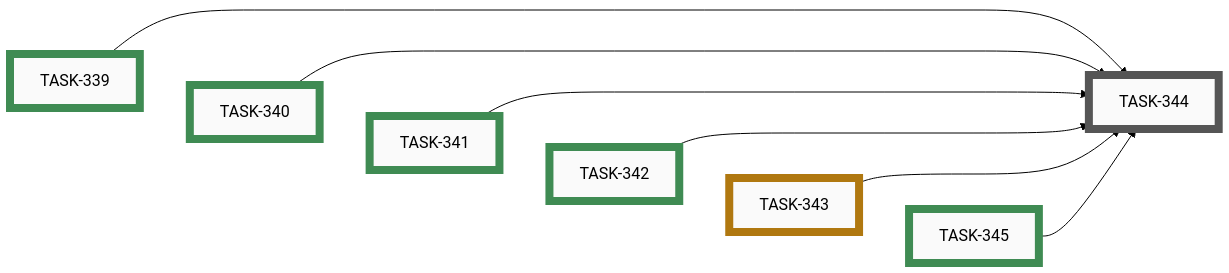
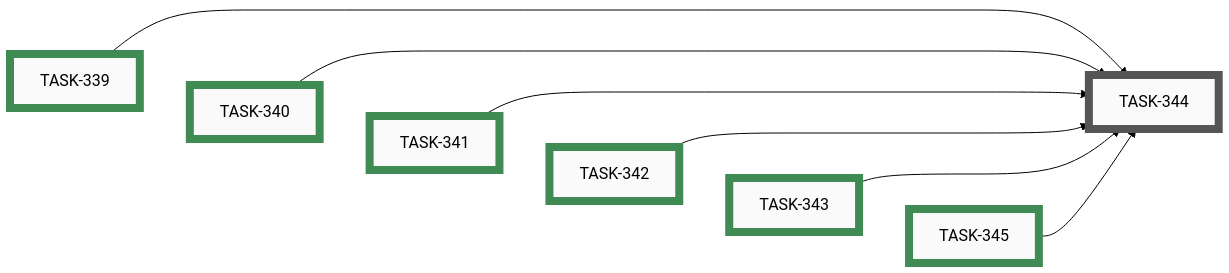
One commit to tgd1975/AwesomeStudioPedal changed the ninth of 11 diagrams in docs/developers/tasks/EPICS.md. Above: the diagram before and after it, drawn with Mermaid (forest theme). The commit also changed other lines of this file and 3 other files, not shown here.

Commit message:
close TASK-343: Add GitHub social preview image

````diff
--- a/docs/developers/tasks/EPICS.md
+++ b/docs/developers/tasks/EPICS.md
@@ -370,32 +370,32 @@
 ```mermaid
 graph LR
     TASK_344["TASK-344"]:::open
-    TASK_343["TASK-343"]:::paused
     TASK_339["TASK-339"]:::closed
     TASK_340["TASK-340"]:::closed
     TASK_341["TASK-341"]:::closed
     TASK_342["TASK-342"]:::closed
+    TASK_343["TASK-343"]:::closed
     TASK_345["TASK-345"]:::closed
     TASK_339 --> TASK_344
     TASK_340 --> TASK_344
     TASK_341 --> TASK_344
     TASK_342 --> TASK_344
     TASK_343 --> TASK_344
     TASK_345 --> TASK_344
     TASK_339 ~~~ TASK_340 ~~~ TASK_341 ~~~ TASK_342 ~~~ TASK_343 ~~~ TASK_345
     click TASK_344 "open/task-344-archive-idea-049-after-logo-tasks-shipped.md"
-    click TASK_343 "open/task-343-add-github-social-preview-image.md"
     click TASK_339 "closed/task-339-add-asp-logo-to-web-simulator-header.md"
     click TASK_340 "closed/task-340-add-asp-logo-to-profile-builder-header.md"
     click TASK_341 "closed/task-341-add-asp-logo-to-configuration-builder-header.md"
     click TASK_342 "closed/task-342-add-asp-logo-to-mobile-app-appbar.md"
+    click TASK_343 "closed/task-343-add-github-social-preview-image.md"
     click TASK_345 "closed/task-345-swap-android-launcher-icon-to-asp-mark.md"
     classDef open    fill:#FAFAFA,stroke:#555,stroke-width:8px,color:#000
     classDef active  fill:#FAFAFA,stroke:#1A6FA8,stroke-width:8px,color:#000
     classDef closed  fill:#FAFAFA,stroke:#3F8B53,stroke-width:8px,color:#000
     classDef paused  fill:#FAFAFA,stroke:#B07810,stroke-width:8px,color:#000
     classDef openExt    fill:#000,stroke:#888,stroke-width:8px,color:#FFF
     classDef activeExt  fill:#000,stroke:#3FA9F5,stroke-width:8px,color:#FFF
     classDef closedExt  fill:#000,stroke:#7CC68A,stroke-width:8px,color:#FFF
     classDef pausedExt  fill:#000,stroke:#F0B030,stroke-width:8px,color:#FFF
 ```
````
